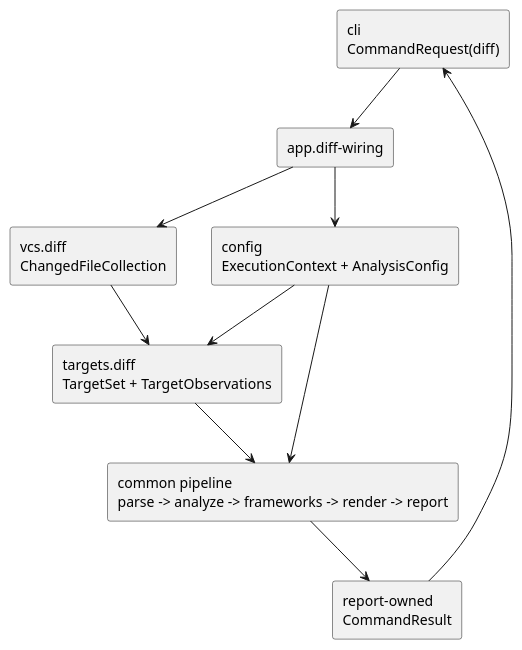
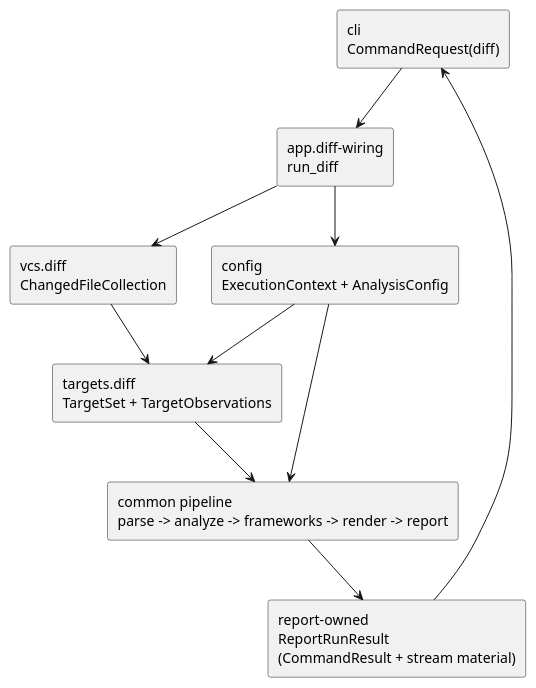
One commit to chemitaro/pyclassuml changed the diagram in spec-dock/initiatives/init-00001-pyclassuml-prototype/epics/epic-00005-e2e-command-wiring/issues/iss-00021-app-diff-wiring/design.md. Above: the diagram before and after it, drawn with PlantUML. The commit also changed other lines of this file and 4 other files, not shown here.

````diff
--- a/spec-dock/initiatives/init-00001-pyclassuml-prototype/epics/epic-00005-e2e-command-wiring/issues/iss-00021-app-diff-wiring/design.md
+++ b/spec-dock/initiatives/init-00001-pyclassuml-prototype/epics/epic-00005-e2e-command-wiring/issues/iss-00021-app-diff-wiring/design.md
@@ -38,23 +38,23 @@
 ```plantuml
 @startuml
 top to bottom direction
 
 rectangle "cli\nCommandRequest(diff)" as cli
-rectangle "app.diff-wiring" as app
+rectangle "app.diff-wiring\nrun_diff" as app
 rectangle "config\nExecutionContext + AnalysisConfig" as config
 rectangle "vcs.diff\nChangedFileCollection" as vcs
 rectangle "targets.diff\nTargetSet + TargetObservations" as targets
 rectangle "common pipeline\nparse -> analyze -> frameworks -> render -> report" as common
-rectangle "report-owned\nCommandResult" as result
+rectangle "report-owned\nReportRunResult\n(CommandResult + stream material)" as result
 
 cli --> app
 app --> config
 app --> vcs
 vcs --> targets
 config --> targets
 targets --> common
 config --> common
 common --> result
 result --> cli
 @enduml
 ```
````
